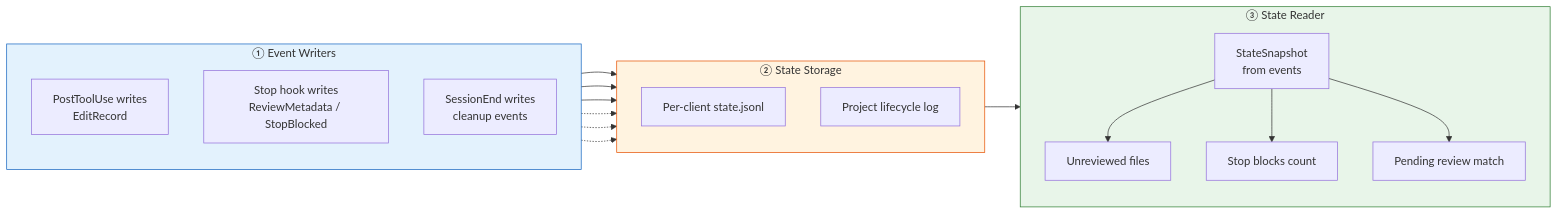
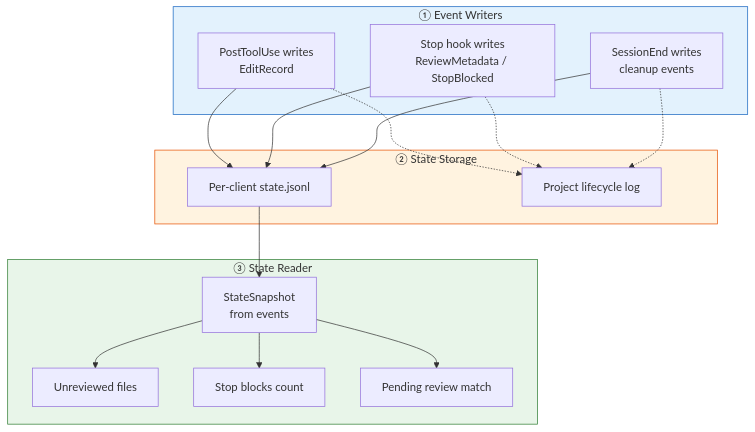
Before and after one commit to tudragon154203/claude-auto-review: the fifth of 5 diagrams in README.md, drawn with Mermaid.

Commit message:
docs: fix State Management diagram layout
The State Management diagram used flowchart LR with three sparse
side-by-side subgraphs (writers / storage / reader), producing a 1167x538
SVG (aspect 2.17:1) that GitHub compressed vertically into a flat strip.

Switch to flowchart TB so the subgraphs stack vertically (1062x604, aspect
1.76:1), matching the fix already applied to the Review Prompt
Generation diagram. Also drop the now-redundant `direction TB` inside each
subgraph since the parent direction propagates.

````diff
--- a/README.md
+++ b/README.md
@@ -223,39 +223,36 @@
 ```mermaid
-flowchart LR
+flowchart TB
     subgraph writers["① Event Writers"]
-        direction TB
         PTU_W["PostToolUse writes<br/>EditRecord"]
         STOP_W["Stop hook writes<br/>ReviewMetadata / StopBlocked"]
         SEND_W["SessionEnd writes<br/>cleanup events"]
     end
 
     subgraph storage["② State Storage"]
-        direction TB
         CLI_STATE["Per-client state.jsonl"]
         GLOBAL_LOG["Project lifecycle log"]
     end
 
     subgraph reader["③ State Reader"]
-        direction TB
         SNAPSHOT["StateSnapshot<br/>from events"]
         UNREVIEWED["Unreviewed files"]
         BLOCKS["Stop blocks count"]
         REVIEW_MATCH["Pending review match"]
     end
 
     PTU_W --> CLI_STATE
     STOP_W --> CLI_STATE
     SEND_W --> CLI_STATE
     PTU_W -.-> GLOBAL_LOG
     STOP_W -.-> GLOBAL_LOG
     SEND_W -.-> GLOBAL_LOG
 
     CLI_STATE --> SNAPSHOT
     SNAPSHOT --> UNREVIEWED
     SNAPSHOT --> BLOCKS
     SNAPSHOT --> REVIEW_MATCH
 
     style writers fill:#e3f2fd,stroke:#1565c0
     style storage fill:#fff3e0,stroke:#e65100
     style reader fill:#e8f5e9,stroke:#2e7d32
 ```
````
